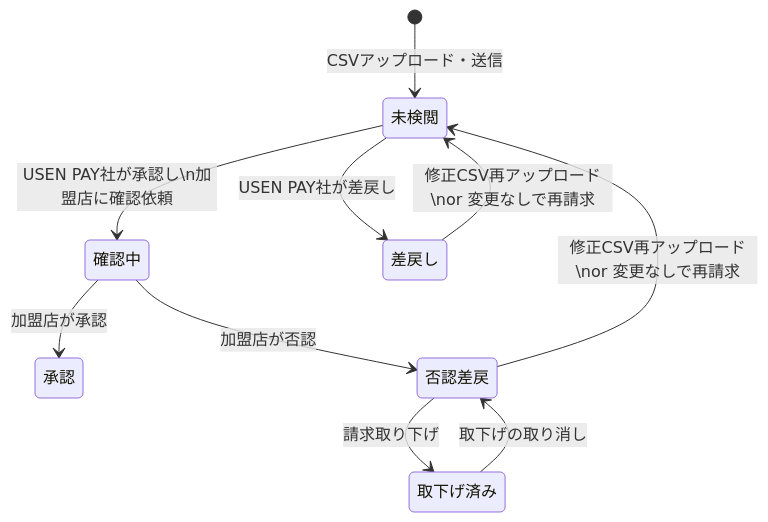
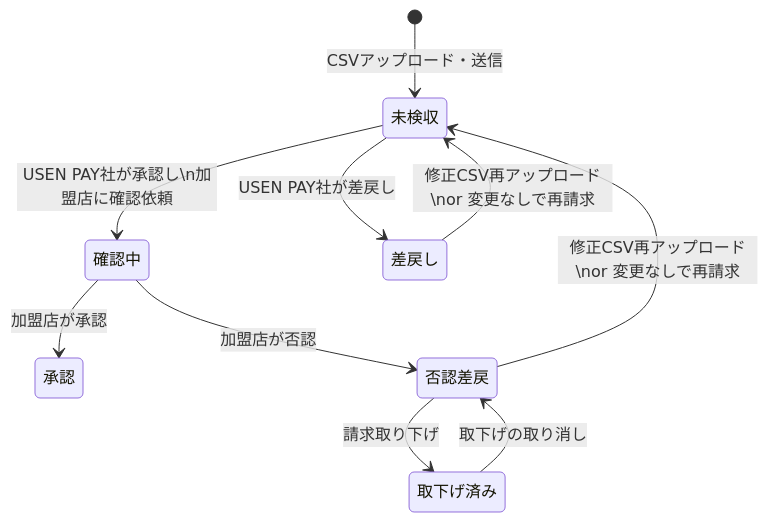
One commit to USEN-PAY-Products/connect-wholesale-gas-poc changed the second of 2 diagrams in docs/specifications/06_user_guide.md. Above: the diagram before and after it, drawn with Mermaid. The commit also changed other lines of this file and 13 other files, not shown here.

````diff
--- a/docs/specifications/06_user_guide.md
+++ b/docs/specifications/06_user_guide.md
@@ -108,17 +112,17 @@
 ```mermaid
 stateDiagram-v2
-    [*] --> 未検閲: CSVアップロード・送信
+    [*] --> 未検収: CSVアップロード・送信
 
-    未検閲 --> 確認中: USEN PAY社が承認し\n加盟店に確認依頼
-    未検閲 --> 差戻し: USEN PAY社が差戻し
+    未検収 --> 確認中: USEN PAY社が承認し\n加盟店に確認依頼
+    未検収 --> 差戻し: USEN PAY社が差戻し
 
     確認中 --> 承認: 加盟店が承認
     確認中 --> 否認差戻: 加盟店が否認
 
-    差戻し --> 未検閲: 修正CSV再アップロード\nor 変更なしで再請求
+    差戻し --> 未検収: 修正CSV再アップロード\nor 変更なしで再請求
 
-    否認差戻 --> 未検閲: 修正CSV再アップロード\nor 変更なしで再請求
+    否認差戻 --> 未検収: 修正CSV再アップロード\nor 変更なしで再請求
     否認差戻 --> 取下げ済み: 請求取り下げ
 
     取下げ済み --> 否認差戻: 取下げの取り消し
 ```
````
